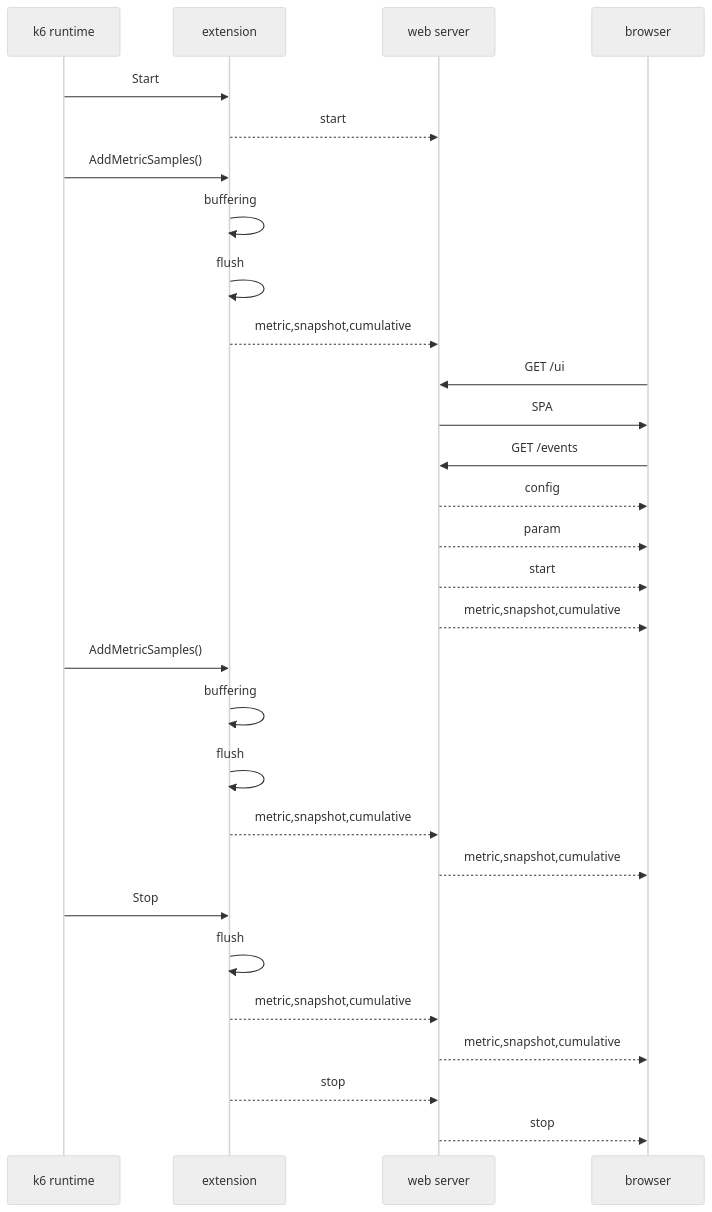
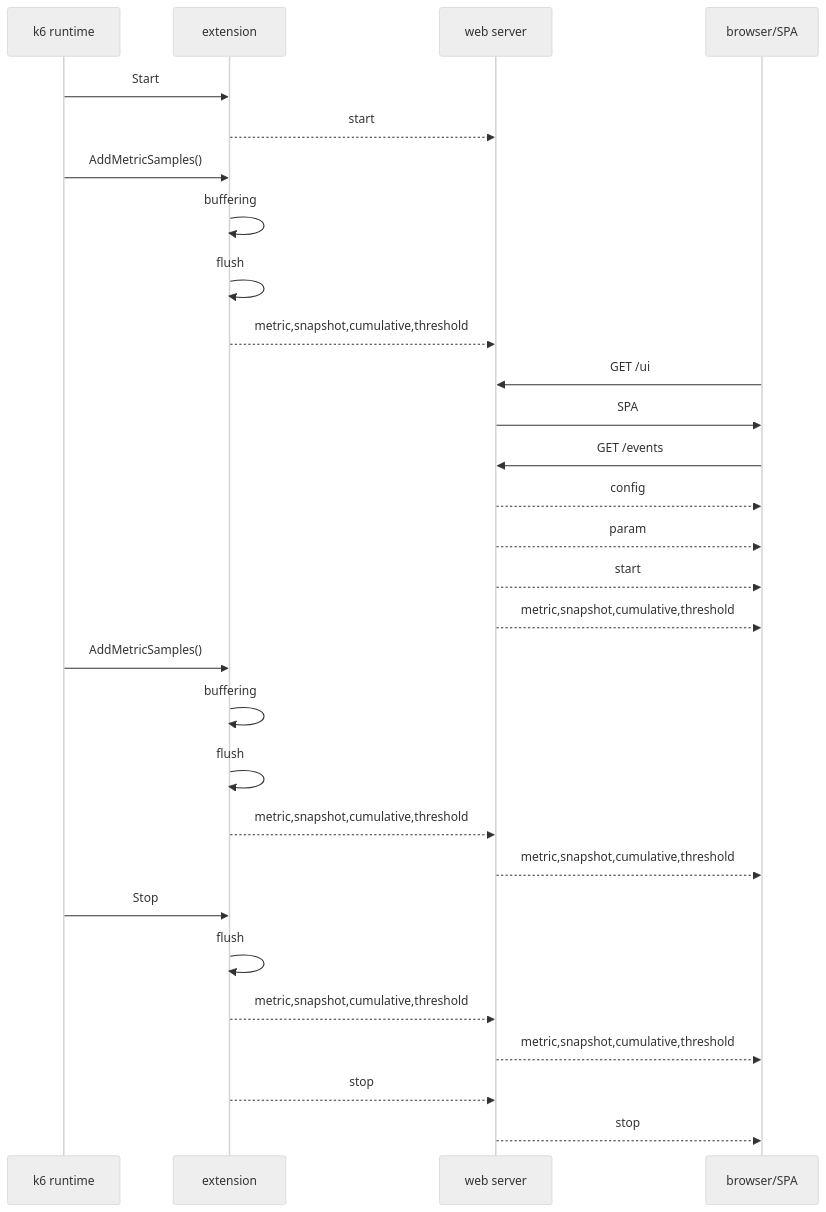
Before and after one commit to grafana/xk6-dashboard: the second of 2 diagrams in docs/how-it-works.md, drawn with Mermaid (neutral theme). The commit also changed other lines of this file, not shown here.

Commit message:
doc: improved architecture document

````diff
--- a/docs/how-it-works.md
+++ b/docs/how-it-works.md
@@ -20,31 +28,31 @@
 ```mermaid
 sequenceDiagram
   participant k6 as k6 runtime
   participant extension as extension
   participant server as web server
-  participant client as browser
+  participant client as browser/SPA
   k6->>extension: Start
   extension-->>server: start
   k6->>extension: AddMetricSamples()
   extension->>extension: buffering
   extension->>extension: flush
-  extension-->>server: metric,snapshot,cumulative
+  extension-->>server: metric,snapshot,cumulative,threshold
   client->>server: GET /ui
   server->>client: SPA
   client->>server: GET /events
   server-->>client: config
   server-->>client: param
   server-->>client: start
-  server-->>client: metric,snapshot,cumulative
+  server-->>client: metric,snapshot,cumulative,threshold
   k6->>extension: AddMetricSamples()
   extension->>extension: buffering
   extension->>extension: flush
-  extension-->>server: metric,snapshot,cumulative
-  server-->>client: metric,snapshot,cumulative
+  extension-->>server: metric,snapshot,cumulative,threshold
+  server-->>client: metric,snapshot,cumulative,threshold
   k6->>extension: Stop
   extension->>extension: flush
-  extension-->>server: metric,snapshot,cumulative
-  server-->>client: metric,snapshot,cumulative
+  extension-->>server: metric,snapshot,cumulative,threshold
+  server-->>client: metric,snapshot,cumulative,threshold
   extension-->>server: stop
   server-->>client: stop
 ```
````
